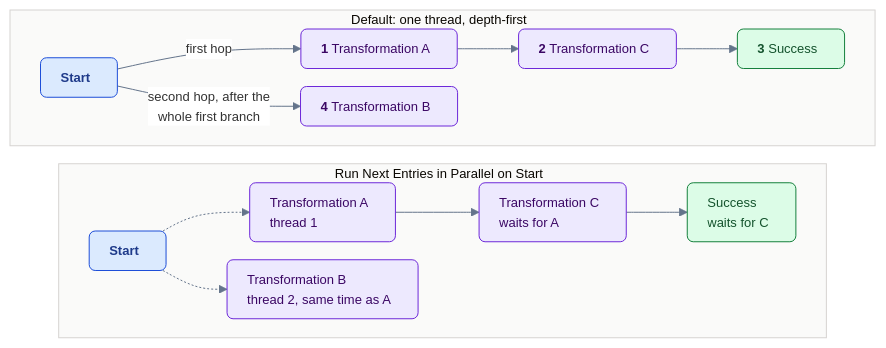
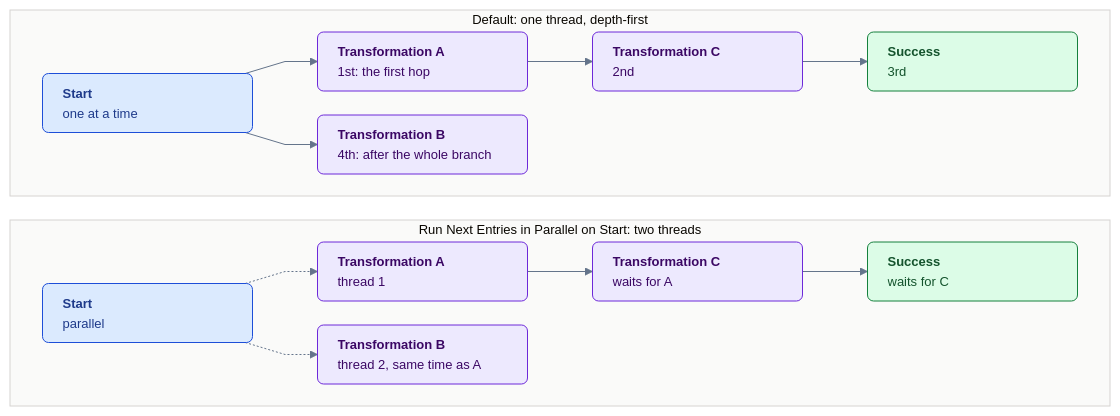
The diagram in developer-di-practitioner/_assets/diagrams/job-order-of-execution.mmd (jporeilly/Pentaho-Courses), drawn with Mermaid before and after one commit. The commit also changed 3 other files, not shown here.

```diff
--- a/developer-di-practitioner/_assets/diagrams/job-order-of-execution.mmd
+++ b/developer-di-practitioner/_assets/diagrams/job-order-of-execution.mmd
@@ -1,25 +1,25 @@
-%%{init: {"theme":"base","themeVariables":{"fontFamily":"Segoe UI, Helvetica, Arial, sans-serif","fontSize":"13px","lineColor":"#64748b","clusterBkg":"#fafaf9","clusterBorder":"#d6d3d1","edgeLabelBackground":"#ffffff"},"flowchart":{"curve":"basis","nodeSpacing":18,"rankSpacing":36,"padding":10,"htmlLabels":true}}}%%
+%%{init: {"theme":"base","themeVariables":{"fontFamily":"Segoe UI, Helvetica, Arial, sans-serif","fontSize":"13px","lineColor":"#64748b","clusterBkg":"#fafaf9","clusterBorder":"#d6d3d1","edgeLabelBackground":"#ffffff"},"flowchart":{"curve":"linear","nodeSpacing":24,"rankSpacing":40,"padding":10,"htmlLabels":true}}}%%
 flowchart LR
   classDef start fill:#dbeafe,stroke:#1d4ed8,color:#1e3a8a,text-align:left,rx:6,ry:6
   classDef entry fill:#ede9fe,stroke:#6d28d9,color:#3b0764,text-align:left,rx:6,ry:6
   classDef done fill:#dcfce7,stroke:#15803d,color:#14532d,text-align:left,rx:6,ry:6
-  subgraph PAR["Run Next Entries in Parallel on Start&nbsp;&nbsp;"]
+  subgraph PAR["Run Next Entries in Parallel on Start: two threads"]
     direction LR
-    S2["<b>Start</b>&nbsp;&nbsp;"]:::start
-    A2["Transformation A&nbsp;&nbsp;<br/>thread 1&nbsp;&nbsp;"]:::entry
-    C2["Transformation C&nbsp;&nbsp;<br/>waits for A&nbsp;&nbsp;"]:::entry
-    W2["Success&nbsp;&nbsp;<br/>waits for C&nbsp;&nbsp;"]:::done
-    B2["Transformation B&nbsp;&nbsp;<br/>thread 2, same time as A&nbsp;&nbsp;"]:::entry
+    S2["<div style='width:170px'><b>Start</b><br/>parallel</div>"]:::start
+    A2["<div style='width:170px'><b>Transformation A</b><br/>thread 1</div>"]:::entry
+    C2["<div style='width:170px'><b>Transformation C</b><br/>waits for A</div>"]:::entry
+    W2["<div style='width:170px'><b>Success</b><br/>waits for C</div>"]:::done
+    B2["<div style='width:170px'><b>Transformation B</b><br/>thread 2, same time as A</div>"]:::entry
     S2 -.-> A2 --> C2 --> W2
     S2 -.-> B2
   end
-  subgraph SEQ["Default: one thread, depth-first&nbsp;&nbsp;"]
+  subgraph SEQ["Default: one thread, depth-first"]
     direction LR
-    S1["<b>Start</b>&nbsp;&nbsp;"]:::start
-    A1["<b>1</b> Transformation A&nbsp;&nbsp;"]:::entry
-    C1["<b>2</b> Transformation C&nbsp;&nbsp;"]:::entry
-    W1["<b>3</b> Success&nbsp;&nbsp;"]:::done
-    B1["<b>4</b> Transformation B&nbsp;&nbsp;"]:::entry
-    S1 -->|"first hop"| A1 --> C1 --> W1
-    S1 -->|"second hop, after the<br/>whole first branch"| B1
+    S1["<div style='width:170px'><b>Start</b><br/>one at a time</div>"]:::start
+    A1["<div style='width:170px'><b>Transformation A</b><br/>1st: the first hop</div>"]:::entry
+    C1["<div style='width:170px'><b>Transformation C</b><br/>2nd</div>"]:::entry
+    W1["<div style='width:170px'><b>Success</b><br/>3rd</div>"]:::done
+    B1["<div style='width:170px'><b>Transformation B</b><br/>4th: after the whole branch</div>"]:::entry
+    S1 --> A1 --> C1 --> W1
+    S1 --> B1
   end
```
